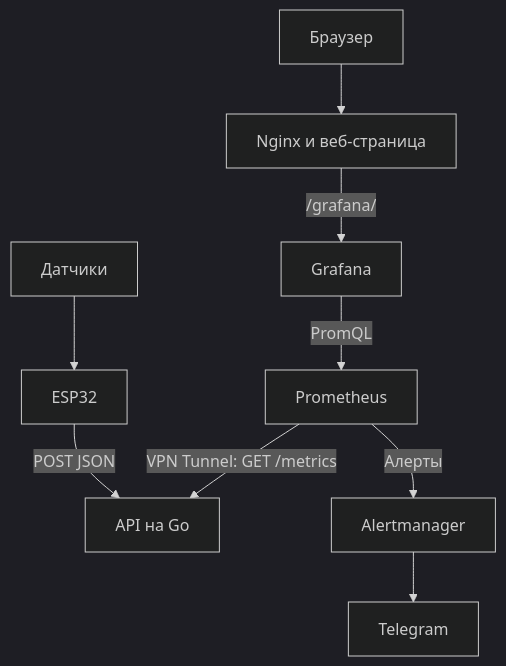
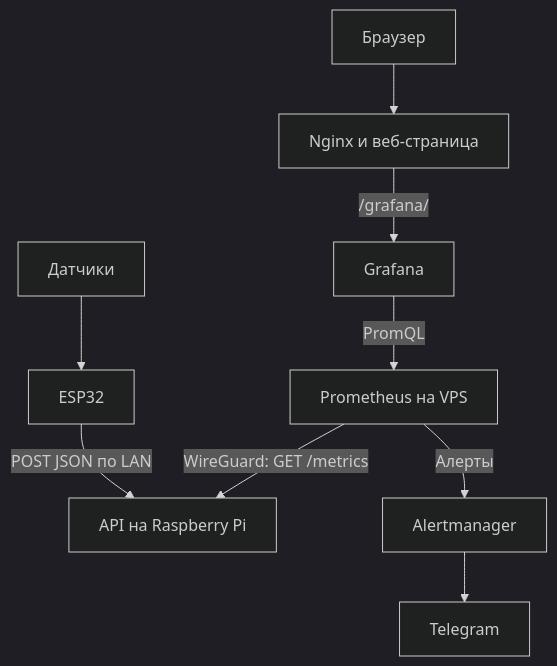
Before and after one commit to ExIntegra/smart-greenhouse: the diagram in README.md, drawn with Mermaid (dark theme). The commit also changed other lines of this file, not shown here.

````diff
--- a/README.md
+++ b/README.md
@@ -21,11 +22,11 @@
 ```mermaid
 flowchart TD
     S[Датчики] --> E[ESP32]
-    E -->|POST JSON| A[API на Go]
-    P[Prometheus] -->|VPN Tunnel: GET /metrics| A
+    E -->|POST JSON по LAN| A[API на Raspberry Pi]
+    P[Prometheus на VPS] -->|WireGuard: GET /metrics| A
     G[Grafana] -->|PromQL| P
     P -->|Алерты| M[Alertmanager]
     M --> T[Telegram]
     B[Браузер] --> W[Nginx и веб-страница]
     W -->|/grafana/| G
 ```
````
